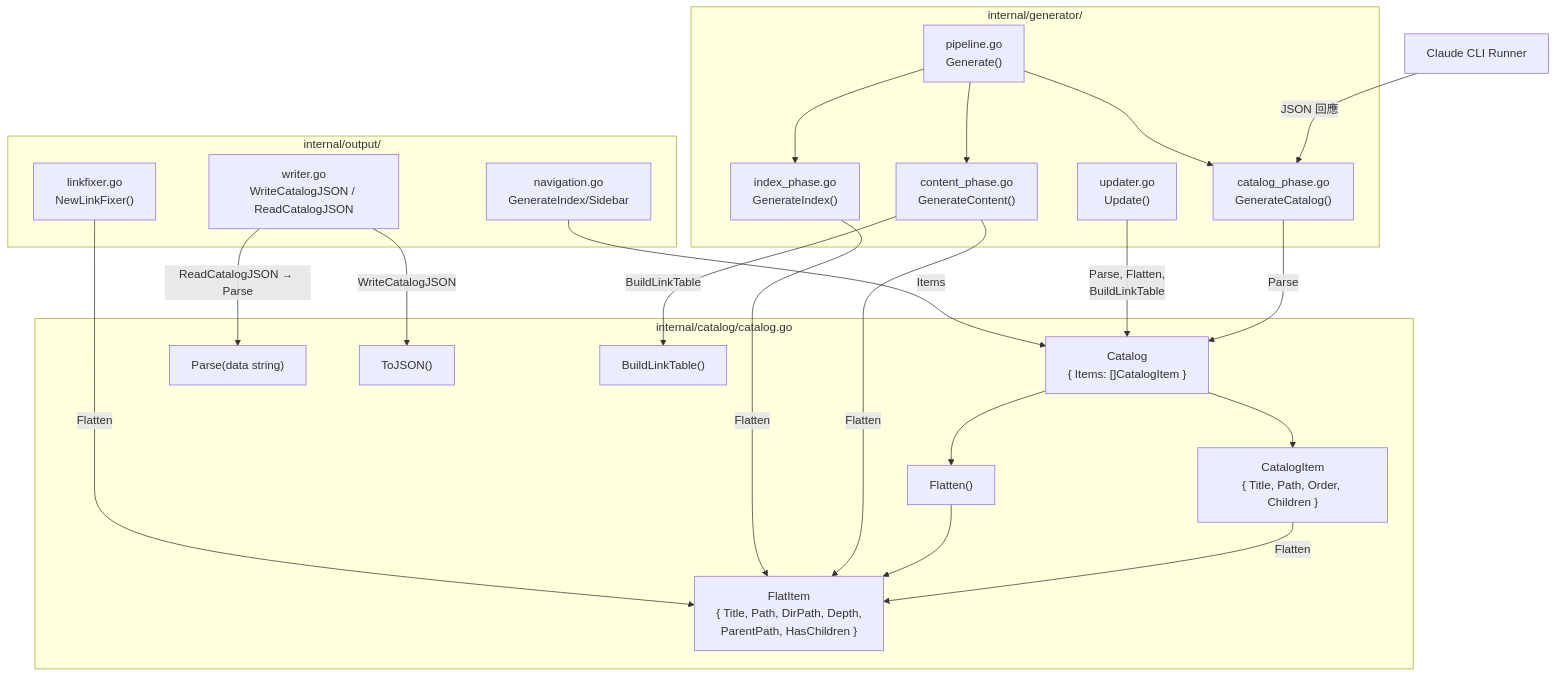
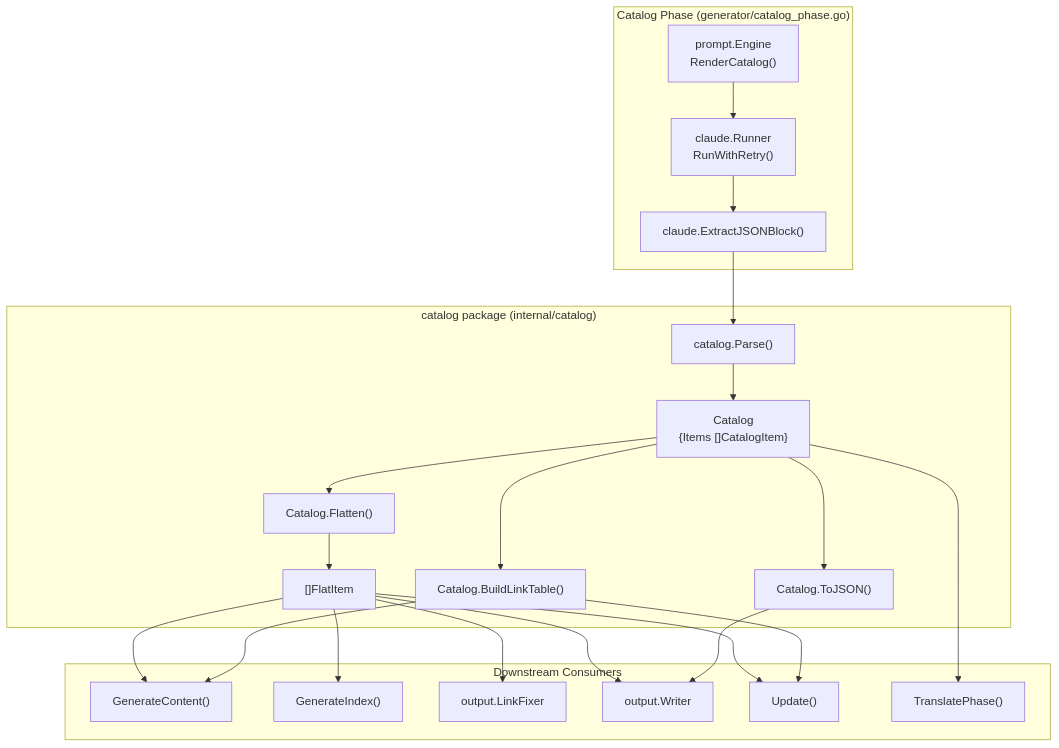
Before and after one commit to monkenWu/selfmd-claude-code: the first of 2 diagrams in docs/core-modules/catalog/index.md, drawn with Mermaid. The commit also changed other lines of this file and 145 other files, not shown here.

````diff
--- a/docs/core-modules/catalog/index.md
+++ b/docs/core-modules/catalog/index.md
@@ -21,47 +21,45 @@
 ```mermaid
 flowchart TD
-    subgraph catalog["internal/catalog/catalog.go"]
-        Catalog["Catalog\n{ Items: []CatalogItem }"]
-        CatalogItem["CatalogItem\n{ Title, Path, Order, Children }"]
-        FlatItem["FlatItem\n{ Title, Path, DirPath, Depth,\nParentPath, HasChildren }"]
-        Parse["Parse(data string)"]
-        Flatten["Flatten()"]
-        ToJSON["ToJSON()"]
-        BuildLinkTable["BuildLinkTable()"]
+    subgraph CatalogPhase["Catalog Phase (generator/catalog_phase.go)"]
+        PromptEngine["prompt.Engine\nRenderCatalog()"]
+        ClaudeRunner["claude.Runner\nRunWithRetry()"]
+        JSONExtract["claude.ExtractJSONBlock()"]
     end
 
-    subgraph generator["internal/generator/"]
-        CatalogPhase["catalog_phase.go\nGenerateCatalog()"]
-        Pipeline["pipeline.go\nGenerate()"]
-        ContentPhase["content_phase.go\nGenerateContent()"]
-        IndexPhase["index_phase.go\nGenerateIndex()"]
-        Updater["updater.go\nUpdate()"]
+    subgraph CatalogPkg["catalog package (internal/catalog)"]
+        Parse["catalog.Parse()"]
+        Catalog["Catalog\n{Items []CatalogItem}"]
+        Flatten["Catalog.Flatten()"]
+        FlatItem["[]FlatItem"]
+        ToJSON["Catalog.ToJSON()"]
+        BuildLinkTable["Catalog.BuildLinkTable()"]
     end
 
-    subgraph outputPkg["internal/output/"]
-        Navigation["navigation.go\nGenerateIndex/Sidebar"]
-        Writer["writer.go\nWriteCatalogJSON / ReadCatalogJSON"]
-        LinkFixer["linkfixer.go\nNewLinkFixer()"]
+    subgraph Consumers["Downstream Consumers"]
+        ContentPhase["GenerateContent()"]
+        IndexPhase["GenerateIndex()"]
+        LinkFixer["output.LinkFixer"]
+        Writer["output.Writer"]
+        Updater["Update()"]
+        TranslatePhase["TranslatePhase()"]
     end
 
-    Claude["Claude CLI Runner"] -->|JSON 回應| CatalogPhase
-    CatalogPhase -->|Parse| Catalog
-    Catalog --> CatalogItem
-    CatalogItem -->|Flatten| FlatItem
+    PromptEngine --> ClaudeRunner
+    ClaudeRunner --> JSONExtract
+    JSONExtract --> Parse
+    Parse --> Catalog
     Catalog --> Flatten
     Flatten --> FlatItem
+    Catalog --> ToJSON
+    Catalog --> BuildLinkTable
 
-    Pipeline --> CatalogPhase
-    Pipeline --> ContentPhase
-    Pipeline --> IndexPhase
-
-    ContentPhase -->|BuildLinkTable| BuildLinkTable
-    ContentPhase -->|Flatten| FlatItem
-    IndexPhase -->|Flatten| FlatItem
-    Updater -->|Parse, Flatten,\nBuildLinkTable| Catalog
-
-    Navigation -->|Items| Catalog
-    Writer -->|WriteCatalogJSON| ToJSON
-    Writer -->|ReadCatalogJSON → Parse| Parse
-    LinkFixer -->|Flatten| FlatItem
+    FlatItem --> ContentPhase
+    FlatItem --> IndexPhase
+    FlatItem --> LinkFixer
+    FlatItem --> Writer
+    FlatItem --> Updater
+    BuildLinkTable --> ContentPhase
+    BuildLinkTable --> Updater
+    Catalog --> TranslatePhase
+    ToJSON --> Writer
 ```
````
